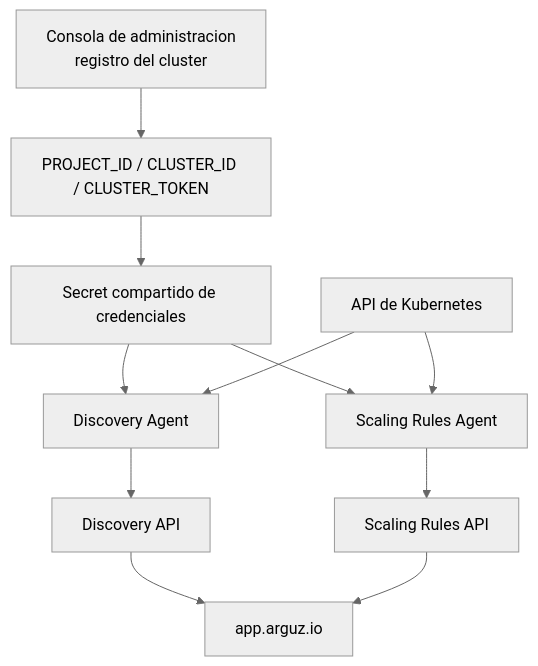
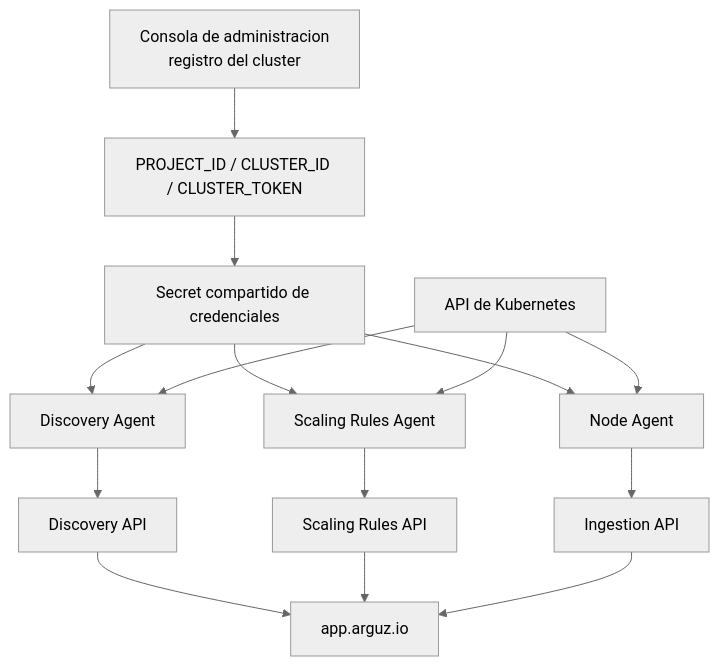
The diagram in docs/es/agent/index.md (Arguz-Labs/Arguz-Docs), drawn with Mermaid (neutral theme) before and after one commit. The commit also changed other lines of this file and 8 other files, not shown here.

Commit message:
document node agent observability

````diff
--- a/docs/es/agent/index.md
+++ b/docs/es/agent/index.md
@@ -22,13 +24,17 @@
 ```mermaid
 graph TD
     A[Consola de administracion<br/>registro del cluster] --> B[PROJECT_ID / CLUSTER_ID / CLUSTER_TOKEN]
     B --> C[Secret compartido de credenciales]
     C --> D[Discovery Agent]
     C --> E[Scaling Rules Agent]
-    F[API de Kubernetes] --> D
-    F --> E
+    C --> F[Node Agent]
+    K[API de Kubernetes] --> D
+    K --> E
+    K --> F
     D --> G[Discovery API]
     E --> H[Scaling Rules API]
+    F --> J[Ingestion API]
     G --> I[app.arguz.io]
     H --> I
+    J --> I
 ```
````
